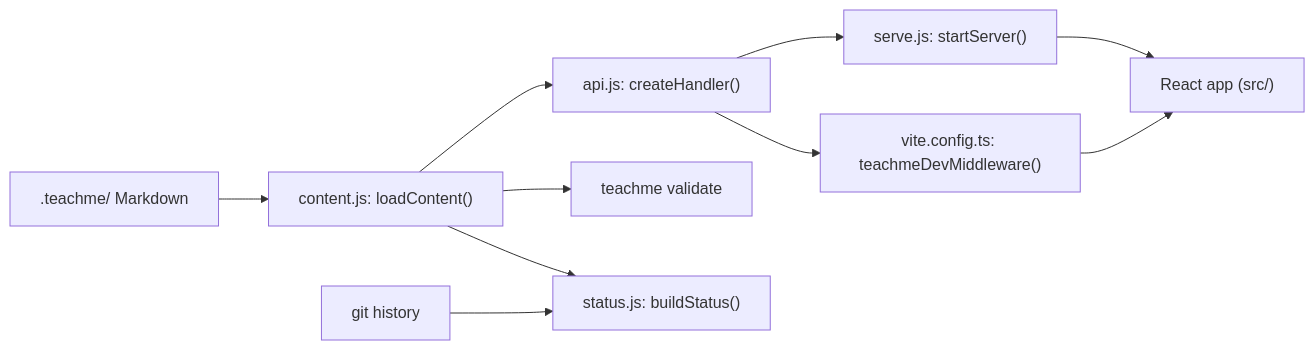
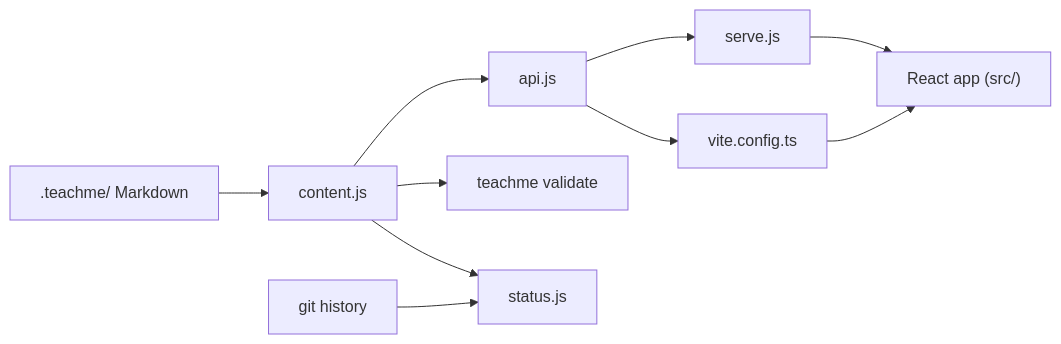
Before and after one commit to Galvill/TeachMe: the diagram in .teachme/courses/how-teachme-works/01-overview.md, drawn with Mermaid. The commit also changed other lines of this file and 5 other files, not shown here.

First line of the commit message:
fix: keep Mermaid diagrams inside their box and shorten overview labels

````diff
--- a/.teachme/courses/how-teachme-works/01-overview.md
+++ b/.teachme/courses/how-teachme-works/01-overview.md
@@ -55,12 +58,12 @@
 ```mermaid
 flowchart LR
-  files[".teachme/ Markdown"] --> load["content.js: loadContent()"]
-  load --> handler["api.js: createHandler()"]
-  handler --> serve["serve.js: startServer()"]
-  handler --> vite["vite.config.ts: teachmeDevMiddleware()"]
+  files[".teachme/ Markdown"] --> load["content.js"]
+  load --> handler["api.js"]
+  handler --> serve["serve.js"]
+  handler --> vite["vite.config.ts"]
   serve --> browser["React app (src/)"]
   vite --> browser
   load --> validate["teachme validate"]
-  load --> status["status.js: buildStatus()"]
+  load --> status["status.js"]
   git["git history"] --> status
 ```
````
